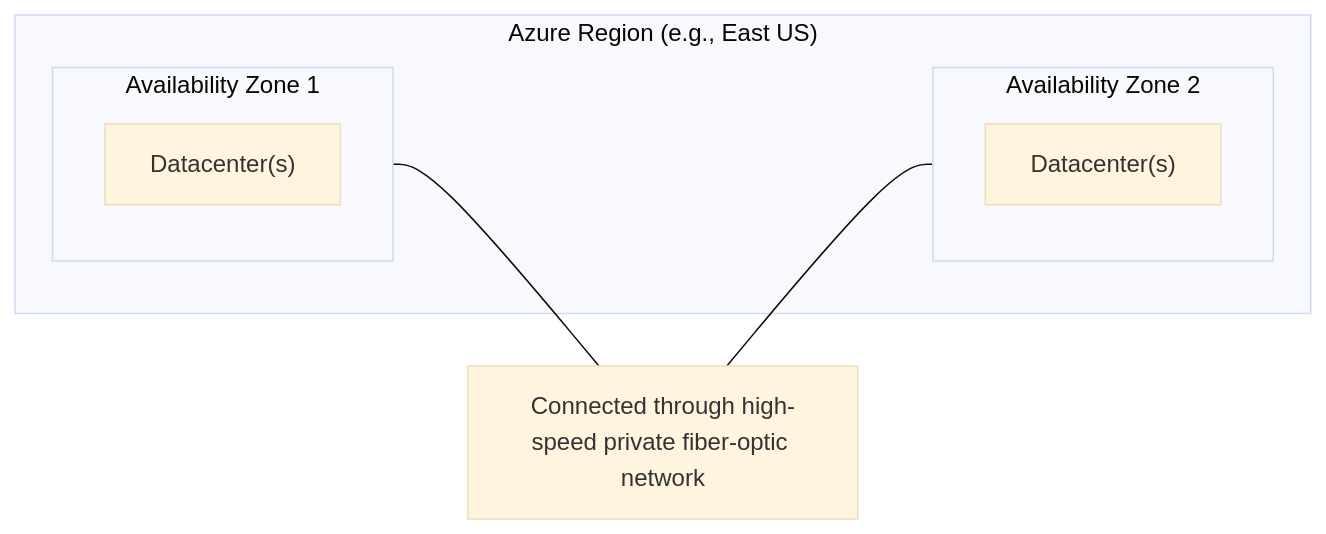
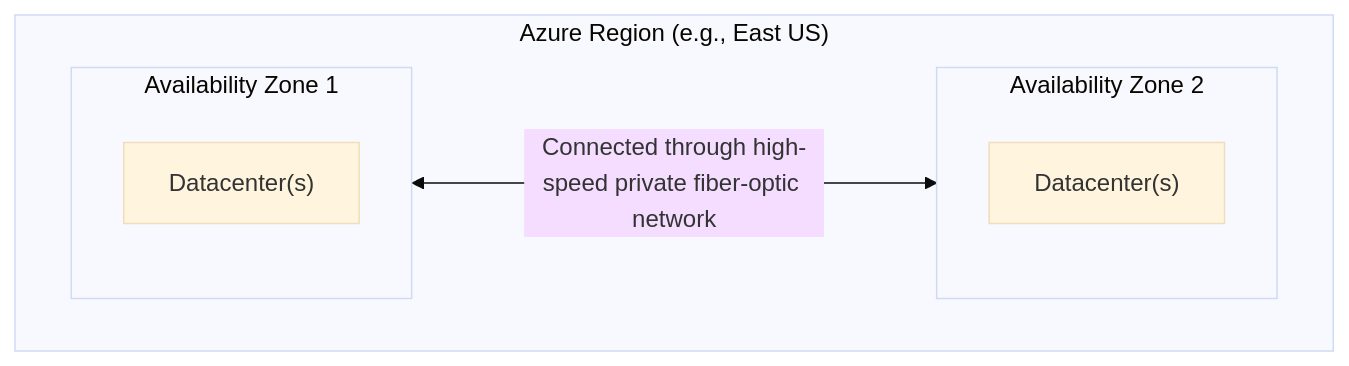
The second of 5 diagrams in _posts/2026/05/31/2026-05-31-azure-explained-through-diagrams-core-components-of-azure-part-1.md (iamteppei/iamteppei.github.io), drawn with Mermaid (base theme) before and after one commit. The commit also changed other lines of this file, not shown here.

First line of the commit message:
docs(post): update Azure diagram section

````diff
--- a/_posts/2026/05/31/2026-05-31-azure-explained-through-diagrams-core-components-of-azure-part-1.md
+++ b/_posts/2026/05/31/2026-05-31-azure-explained-through-diagrams-core-components-of-azure-part-1.md
@@ -39,17 +39,16 @@
 ```mermaid
 flowchart LR
 
     subgraph Region["Azure Region (e.g., East US)"]
-
+        direction LR
         subgraph AZ1["Availability Zone 1"]
             DC2["Datacenter(s)"]
         end
 
         subgraph AZ2["Availability Zone 2"]
             DC3["Datacenter(s)"]
         end
+
+        AZ1 <---> |Connected through high-speed private fiber-optic network| AZ2
     end
-
-    AZ1 --- Fiber["Connected through high-speed private fiber-optic network"]
-    Fiber --- AZ2
 ```
````
